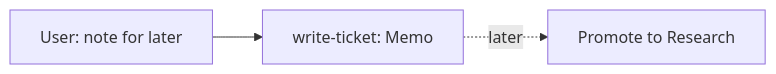
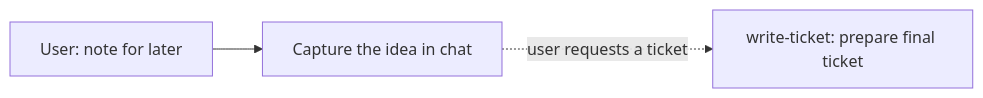
Before and after one commit to Gabriel-Lafrance/Skills: the diagram in skills/rules/journeys/quick-note.md, drawn with Mermaid. The commit also changed other lines of this file and 16 other files, not shown here.

````diff
--- a/skills/rules/journeys/quick-note.md
+++ b/skills/rules/journeys/quick-note.md
@@ -8,5 +8,5 @@
 ```mermaid
 flowchart LR
-  ask[User: note for later] --> memo[write-ticket: Memo]
-  memo -. later .-> research[Promote to Research]
+  ask[User: note for later] --> chat[Capture the idea in chat]
+  chat -. user requests a ticket .-> prepare[write-ticket: prepare final ticket]
 ```
````
